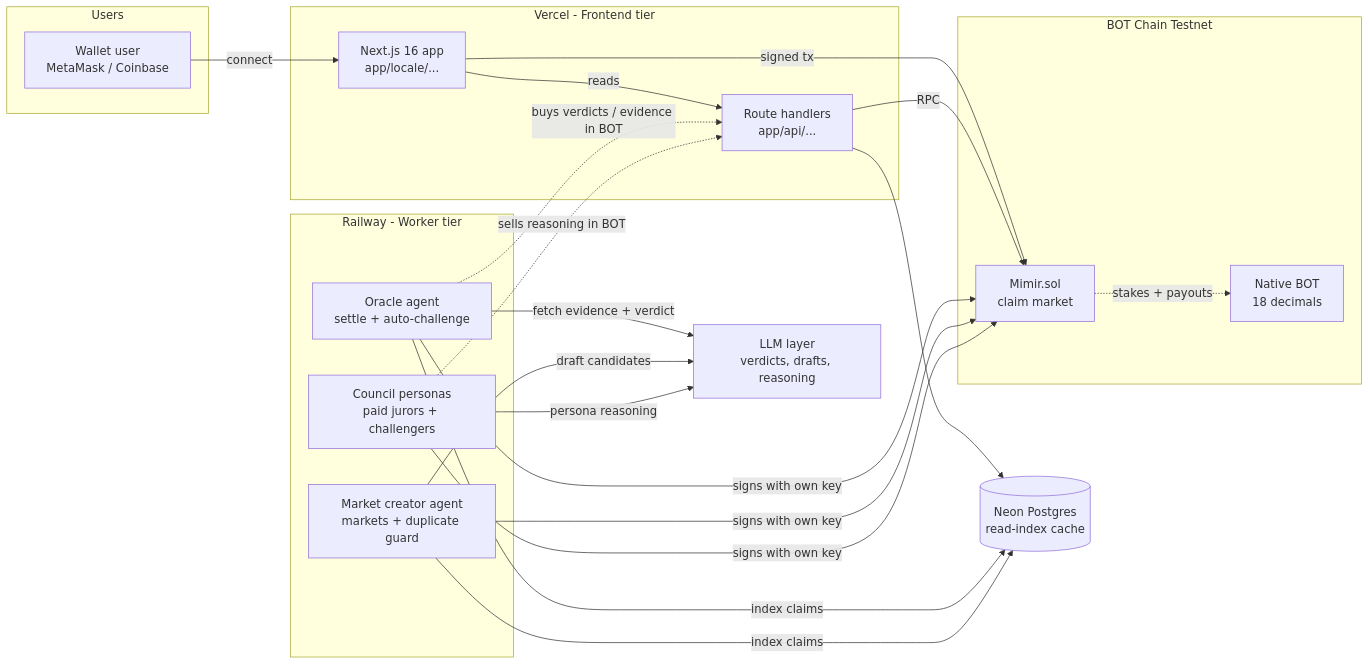
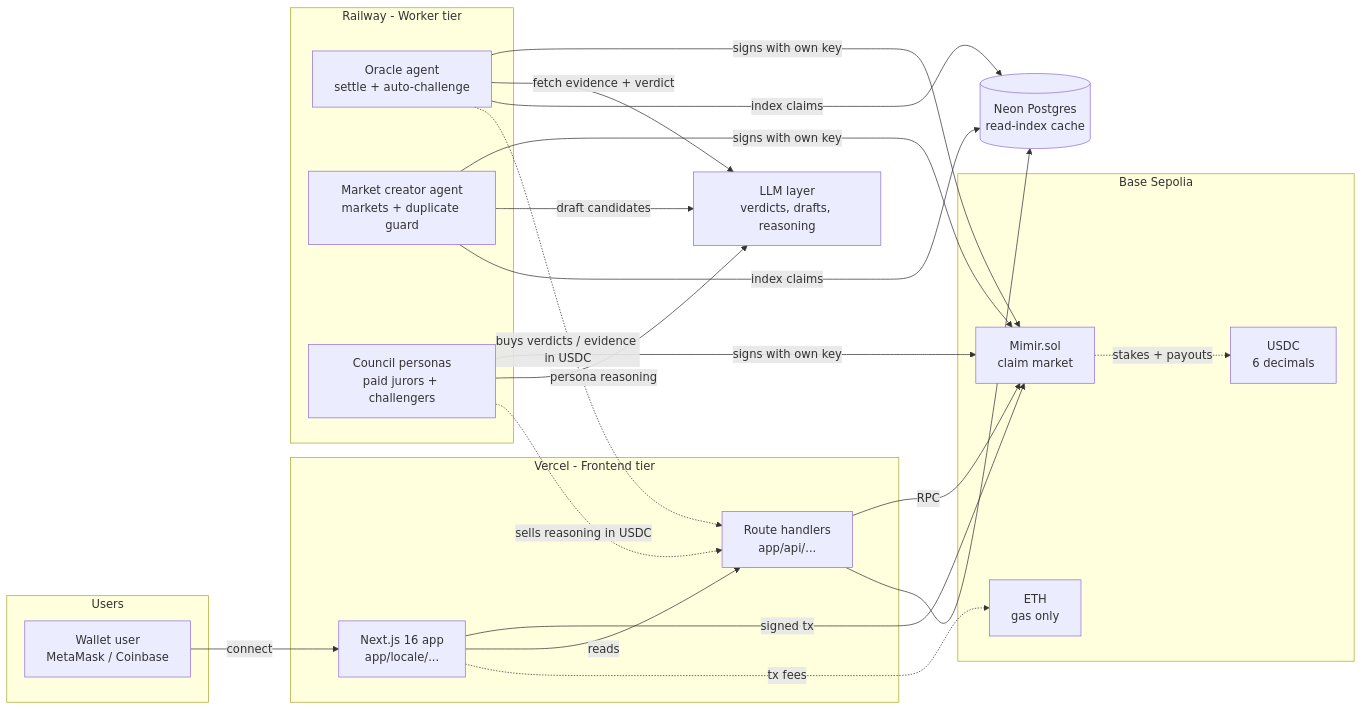
One commit to enliven17/mimir-base changed the second of 11 diagrams in README.md. Above: the diagram before and after it, drawn with Mermaid. The commit also changed other lines of this file and 3 other files, not shown here.

First line of the commit message:
docs(readme): Base/USDC/x402 rewrite; fix build under the new stack

````diff
--- a/README.md
+++ b/README.md
@@ -101,45 +116,47 @@
 ```mermaid
 flowchart LR
     subgraph user[Users]
         U[Wallet user<br/>MetaMask / Coinbase]
     end
 
     subgraph vercel[Vercel - Frontend tier]
         FE[Next.js 16 app<br/>app/locale/...]
         API[Route handlers<br/>app/api/...]
     end
 
     subgraph railway[Railway - Worker tier]
         OR[Oracle agent<br/>settle + auto-challenge]
         MC[Market creator agent<br/>markets + duplicate guard]
         CO[Council personas<br/>paid jurors + challengers]
     end
 
-    subgraph botchain[BOT Chain Testnet]
+    subgraph base[Base Sepolia]
         CT[Mimir.sol<br/>claim market]
-        BOT[Native BOT<br/>18 decimals]
+        USDC[USDC<br/>6 decimals]
+        ETH[ETH<br/>gas only]
     end
 
     NEON[(Neon Postgres<br/>read-index cache)]
     LLM[LLM layer<br/>verdicts, drafts, reasoning]
 
     U -->|connect| FE
     FE -->|signed tx| CT
     FE -->|reads| API
     API -->|RPC| CT
     API --> NEON
 
     OR -->|signs with own key| CT
     MC -->|signs with own key| CT
     CO -->|signs with own key| CT
     OR -->|fetch evidence + verdict| LLM
     MC -->|draft candidates| LLM
     CO -->|persona reasoning| LLM
     OR -->|index claims| NEON
     MC -->|index claims| NEON
 
-    OR -.->|buys verdicts / evidence in BOT| API
-    CO -.->|sells reasoning in BOT| API
+    OR -.->|buys verdicts / evidence in USDC| API
+    CO -.->|sells reasoning in USDC| API
 
-    CT -.->|stakes + payouts| BOT
+    CT -.->|stakes + payouts| USDC
+    FE -.->|tx fees| ETH
 ```
````
